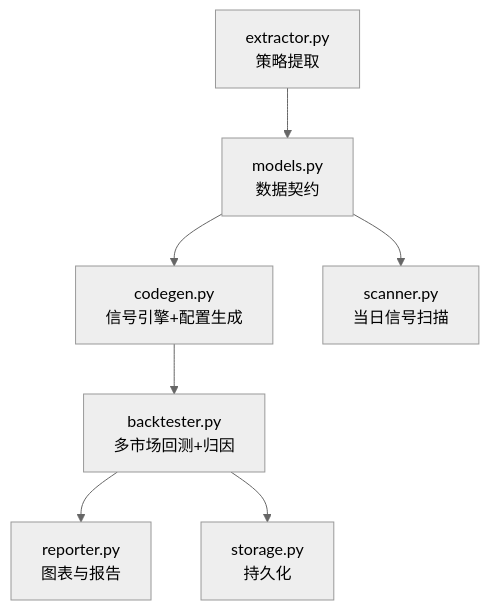
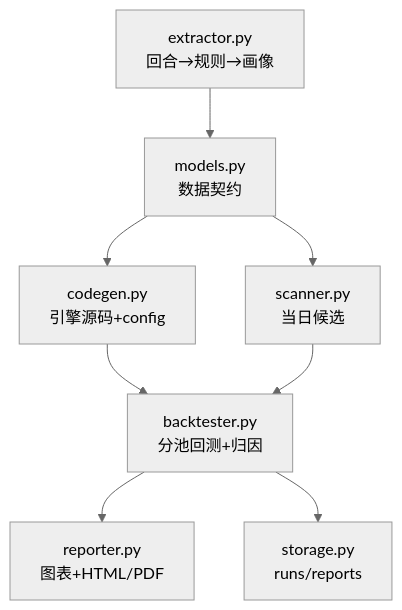
Before and after one commit to hjfire/vibe-trading-fw: the first of 7 diagrams in repowiki/topics/安全与治理/影子账户.md, drawn with Mermaid (neutral theme). The commit also changed other lines of this file and 5 other files, not shown here.

````diff
--- a/repowiki/topics/安全与治理/影子账户.md
+++ b/repowiki/topics/安全与治理/影子账户.md
@@ -57,9 +64,10 @@
 ```mermaid
 graph TB
-A["extractor.py<br/>策略提取"] --> B["models.py<br/>数据契约"]
-B --> C["codegen.py<br/>信号引擎+配置生成"]
-C --> D["backtester.py<br/>多市场回测+归因"]
-D --> E["reporter.py<br/>图表与报告"]
-D --> F["storage.py<br/>持久化"]
-B --> G["scanner.py<br/>当日信号扫描"]
+A["extractor.py<br/>回合→规则→画像"] --> B["models.py<br/>数据契约"]
+B --> C["codegen.py<br/>引擎源码+config"]
+C --> D["backtester.py<br/>分池回测+归因"]
+D --> E["reporter.py<br/>图表+HTML/PDF"]
+D --> F["storage.py<br/>runs/reports"]
+B --> G["scanner.py<br/>当日候选"]
+G --> D
 ```
````
